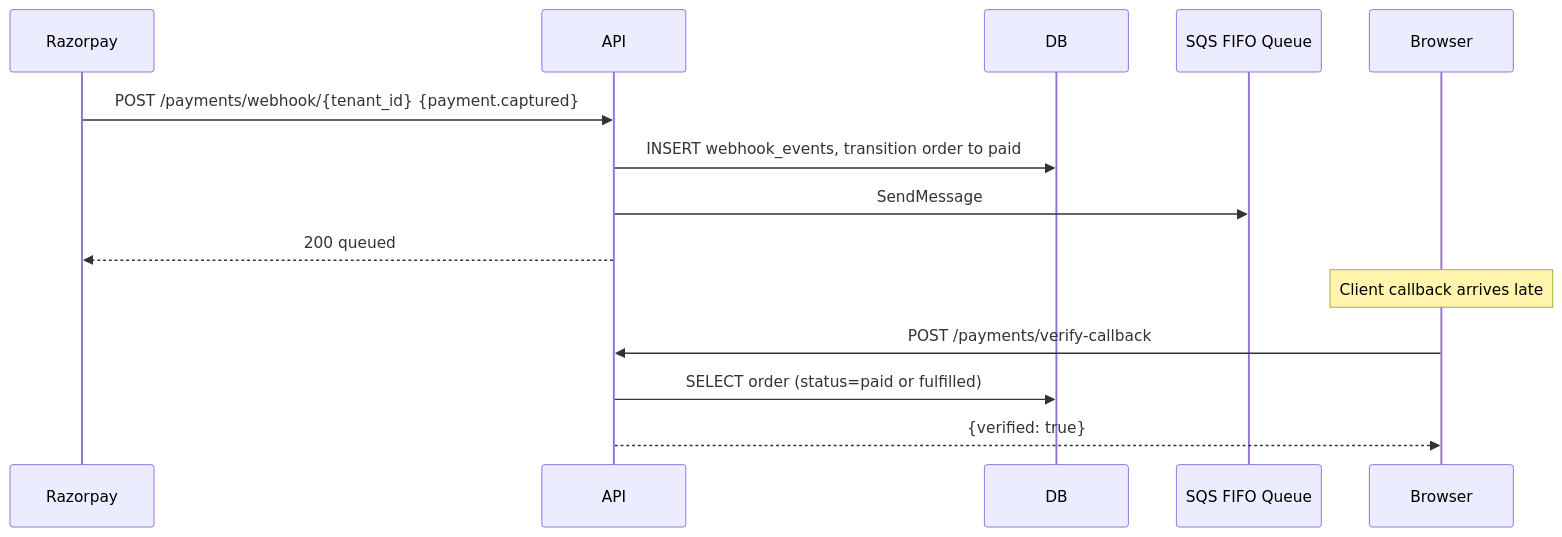
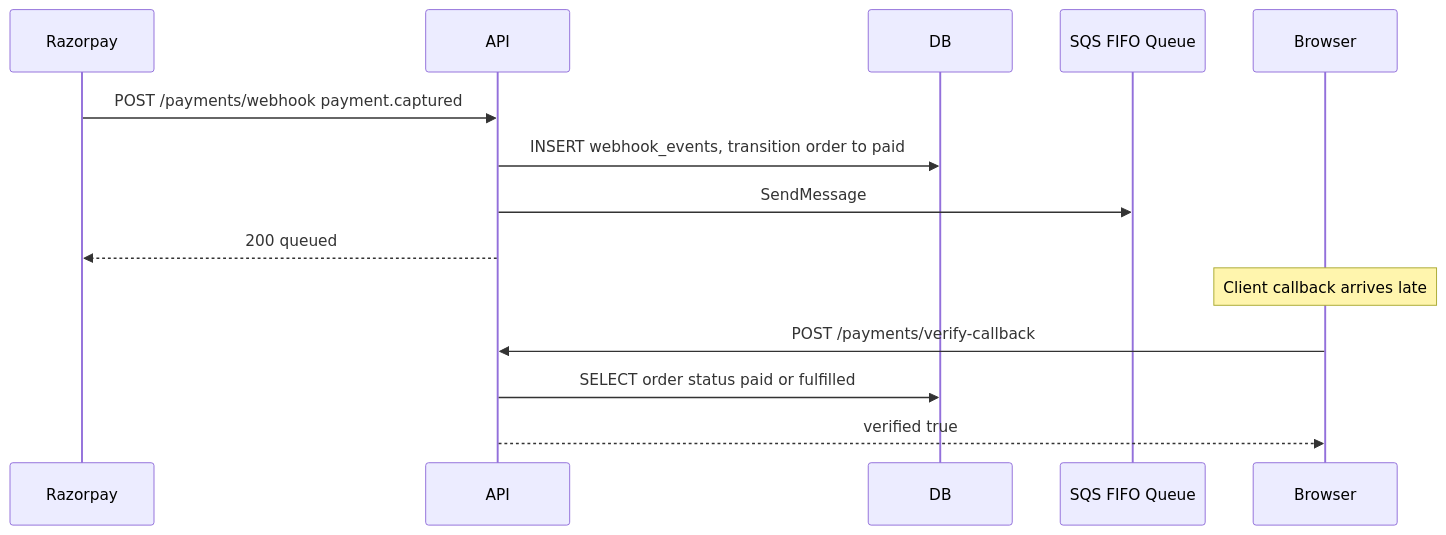
One commit to akhiljoe/razorpay-payment-integration changed the eighth of 10 diagrams in designs/DESIGN_v5.md. Above: the diagram before and after it, drawn with Mermaid. The commit also changed other lines of this file, not shown here.

Commit message:
Clean up DESIGN_v5: fix mermaid parse errors, trim duplicate content

````diff
--- a/designs/DESIGN_v5.md
+++ b/designs/DESIGN_v5.md
@@ -833,18 +815,18 @@
 ```mermaid
 sequenceDiagram
     participant RZP as Razorpay
     participant API
     participant DB
     participant SQS as SQS FIFO Queue
     participant Browser
 
-    RZP->>API: POST /payments/webhook/{tenant_id} {payment.captured}
+    RZP->>API: POST /payments/webhook payment.captured
     API->>DB: INSERT webhook_events, transition order to paid
     API->>SQS: SendMessage
     API-->>RZP: 200 queued
 
     Note over Browser: Client callback arrives late
     Browser->>API: POST /payments/verify-callback
-    API->>DB: SELECT order (status=paid or fulfilled)
-    API-->>Browser: {verified: true}
+    API->>DB: SELECT order status paid or fulfilled
+    API-->>Browser: verified true
 ```
````
